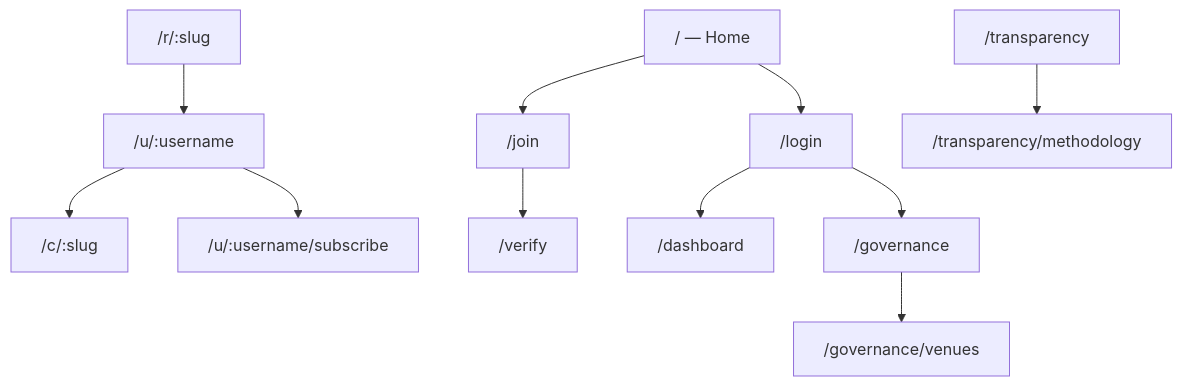
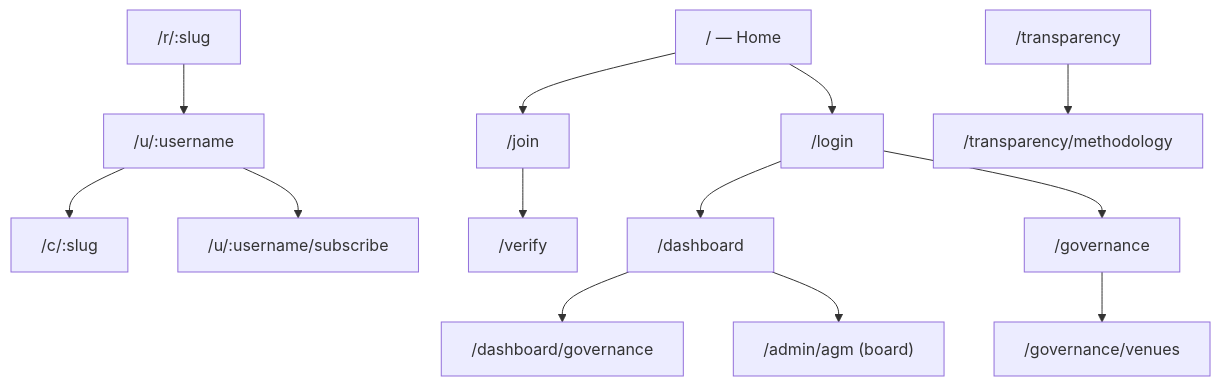
One commit to janiluuk/tahti-org changed the diagram in docs/user-flows.md. Above: the diagram before and after it, drawn with Mermaid. The commit also changed other lines of this file and 26 other files, not shown here.

Commit message:
Improve governance records and discovery flows

````diff
--- a/docs/user-flows.md
+++ b/docs/user-flows.md
@@ -25,27 +25,31 @@
 ```mermaid
 flowchart TB
   home["/ — Home"]
   join["/join"]
   login["/login"]
   verify["/verify"]
   trans["/transparency"]
   method["/transparency/methodology"]
   channel["/c/:slug"]
   profile["/u/:username"]
   subscribe["/u/:username/subscribe"]
   smart["/r/:slug"]
   dash["/dashboard"]
   gov["/governance"]
+  dashGov["/dashboard/governance"]
   govVenues["/governance/venues"]
+  agm["/admin/agm (board)"]
 
   home --> join
   home --> login
   join --> verify
   login --> dash
   login --> gov
+  dash --> dashGov
+  dash --> agm
   profile --> channel
   profile --> subscribe
   smart --> profile
   trans --> method
   gov --> govVenues
 ```
````
